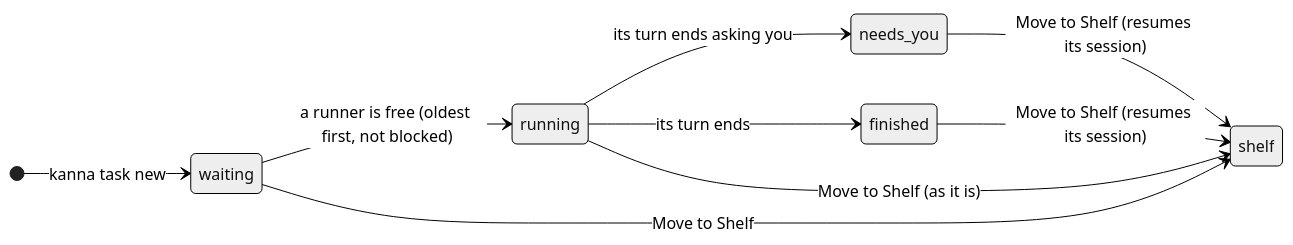
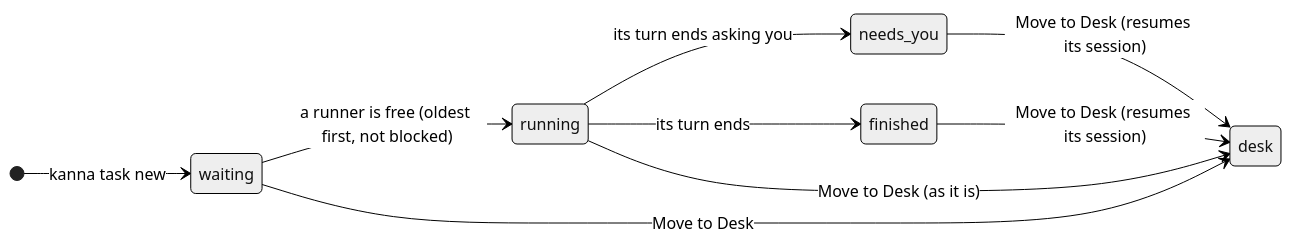
The diagram in docs/specs/shelf-runners.md (tampopogk/kanna), drawn with Mermaid (neutral theme) before and after one commit. The commit also changed other lines of this file and 51 other files, not shown here.

Commit message:
Specs: Desk and Shelf, the Desk view, pick, shelve, activate, park; backlog-runners → shelf-runners, backlog-search → shelf-search, shelve-latency → move-to-desk-latency

````diff
--- a/docs/specs/shelf-runners.md
+++ b/docs/specs/shelf-runners.md
@@ -17,12 +17,12 @@
 ```mermaid
 stateDiagram-v2
     direction LR
     [*] --> waiting: kanna task new
     waiting --> running: a runner is free (oldest first, not blocked)
     running --> needs_you: its turn ends asking you
     running --> finished: its turn ends
-    needs_you --> shelf: Move to Shelf (resumes its session)
-    finished --> shelf: Move to Shelf (resumes its session)
-    running --> shelf: Move to Shelf (as it is)
-    waiting --> shelf: Move to Shelf
+    needs_you --> desk: Move to Desk (resumes its session)
+    finished --> desk: Move to Desk (resumes its session)
+    running --> desk: Move to Desk (as it is)
+    waiting --> desk: Move to Desk
 ```
````
